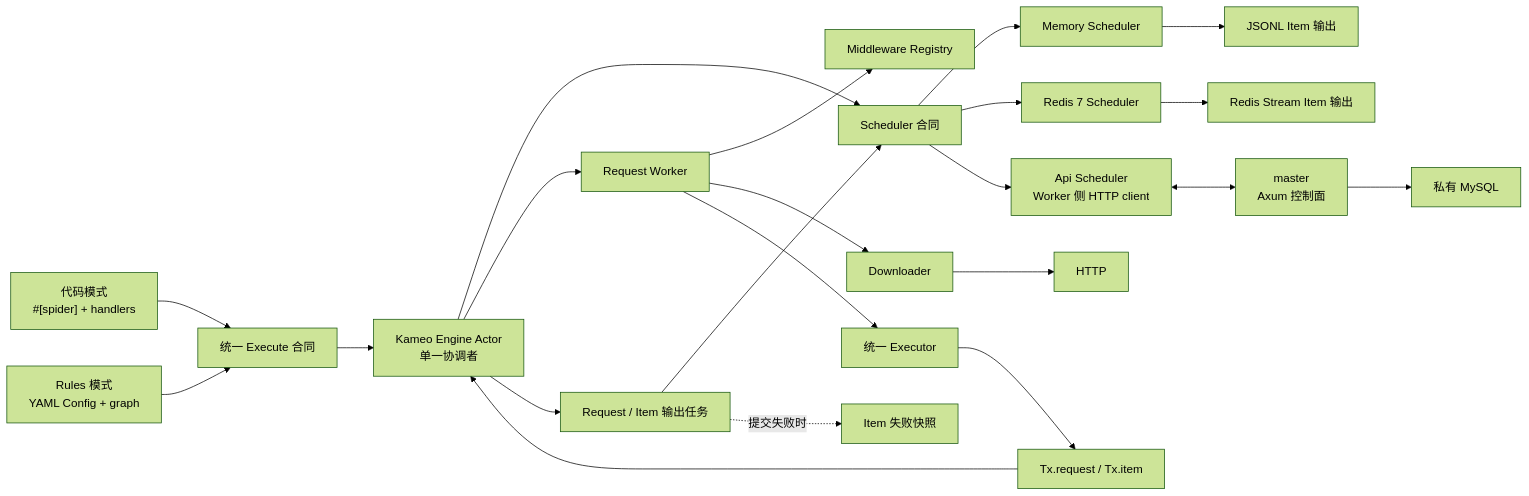
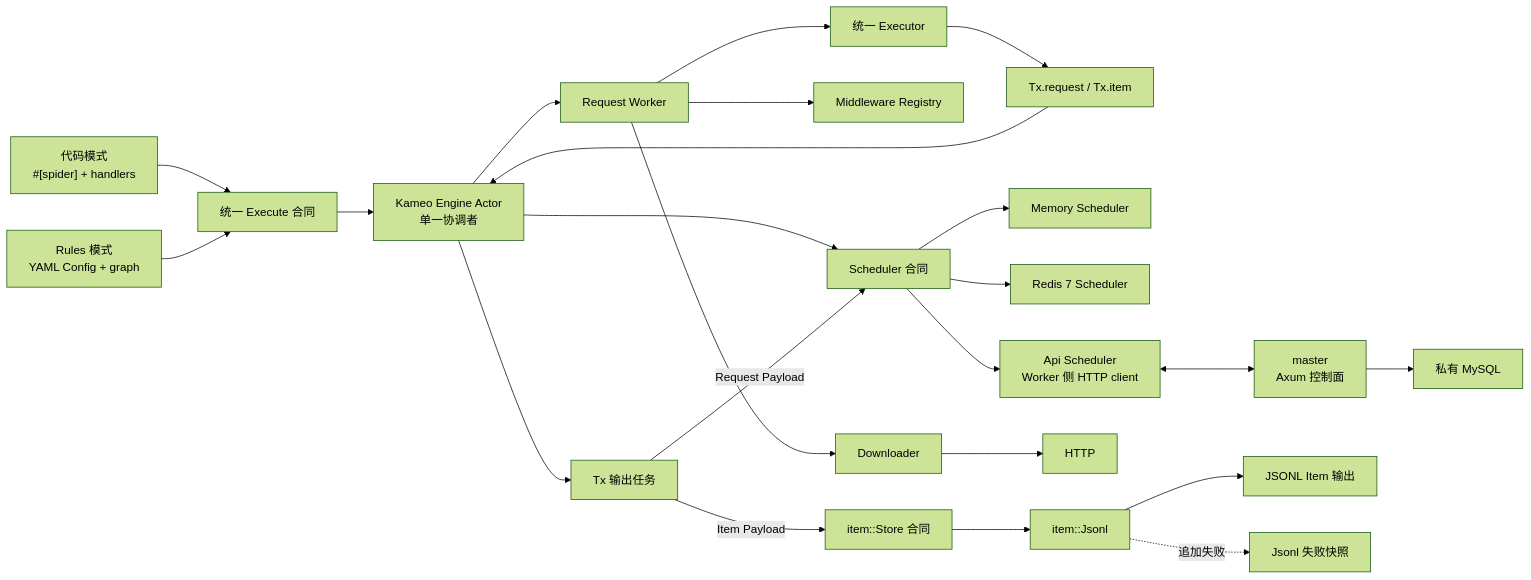
The first of 5 diagrams in docs/architecture.zh-CN.md (halo-space/crawler), drawn with Mermaid (forest theme) before and after one commit. The commit also changed other lines of this file and 63 other files, not shown here.

Commit message:
refactor: separate item store from scheduler

````diff
--- a/docs/architecture.zh-CN.md
+++ b/docs/architecture.zh-CN.md
@@ -57,45 +58,47 @@
 ```mermaid
 flowchart LR
     C["代码模式<br/>#[spider] + handlers"]
     R["Rules 模式<br/>YAML Config + graph"]
     X["统一 Execute 合同"]
     T["Tx.request / Tx.item"]
     A["Kameo Engine Actor<br/>单一协调者"]
     S["Scheduler 合同"]
     M["Memory Scheduler"]
     Z["Redis 7 Scheduler"]
     AP["Api Scheduler<br/>Worker 侧 HTTP client"]
     CP["master<br/>Axum 控制面"]
     DB["私有 MySQL"]
     W["Request Worker"]
     MW["Middleware Registry"]
     D["Downloader"]
     H["HTTP"]
     E["统一 Executor"]
-    O["Request / Item 输出任务"]
+    O["Tx 输出任务"]
+    IS["item::Store 合同"]
+    J["item::Jsonl"]
     P["JSONL Item 输出"]
-    I["Redis Stream Item 输出"]
-    F["Item 失败快照"]
+    F["Jsonl 失败快照"]
 
     C --> X
     R --> X
     X --> A
     A --> S
     S --> M
     S --> Z
     S --> AP
     AP <--> CP
     CP --> DB
     A --> W
     W --> MW
     W --> D
     D --> H
     W --> E
     E --> T
     T --> A
     A --> O
-    O --> S
-    M --> P
-    Z --> I
-    O -. 提交失败时 .-> F
+    O -->|Request Payload| S
+    O -->|Item Payload| IS
+    IS --> J
+    J --> P
+    J -. 追加失败 .-> F
 ```
````
